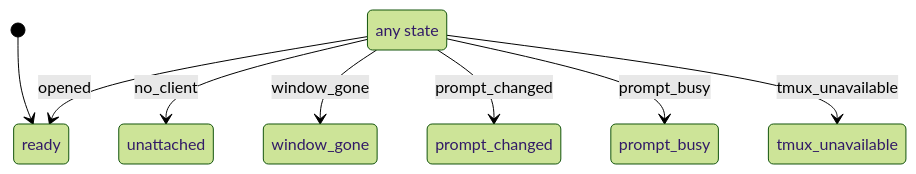
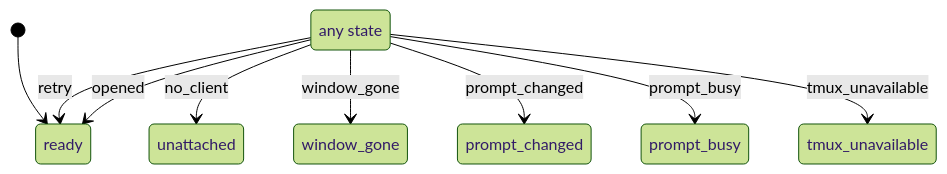
One commit to ryanpaulmessner/foreman changed the diagram in docs/machines/waiting_card.md. Above: the diagram before and after it, drawn with Mermaid (forest theme). The commit also changed other lines of this file and 21 other files, not shown here.

````diff
--- a/docs/machines/waiting_card.md
+++ b/docs/machines/waiting_card.md
@@ -5,11 +5,12 @@
 ```mermaid
 stateDiagram-v2
     [*] --> ready
+    fsm_any --> ready: retry
     fsm_any --> ready: opened
     fsm_any --> unattached: no_client
     fsm_any --> window_gone: window_gone
     fsm_any --> prompt_changed: prompt_changed
     fsm_any --> prompt_busy: prompt_busy
     fsm_any --> tmux_unavailable: tmux_unavailable
     state "any state" as fsm_any
 ```
````
